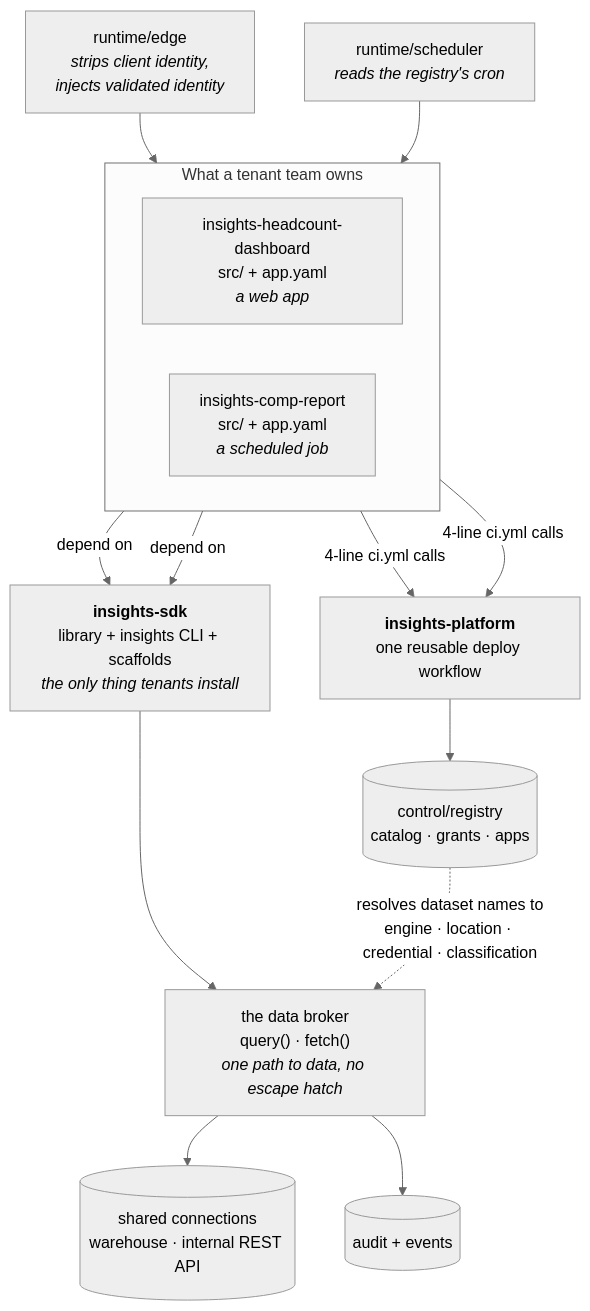
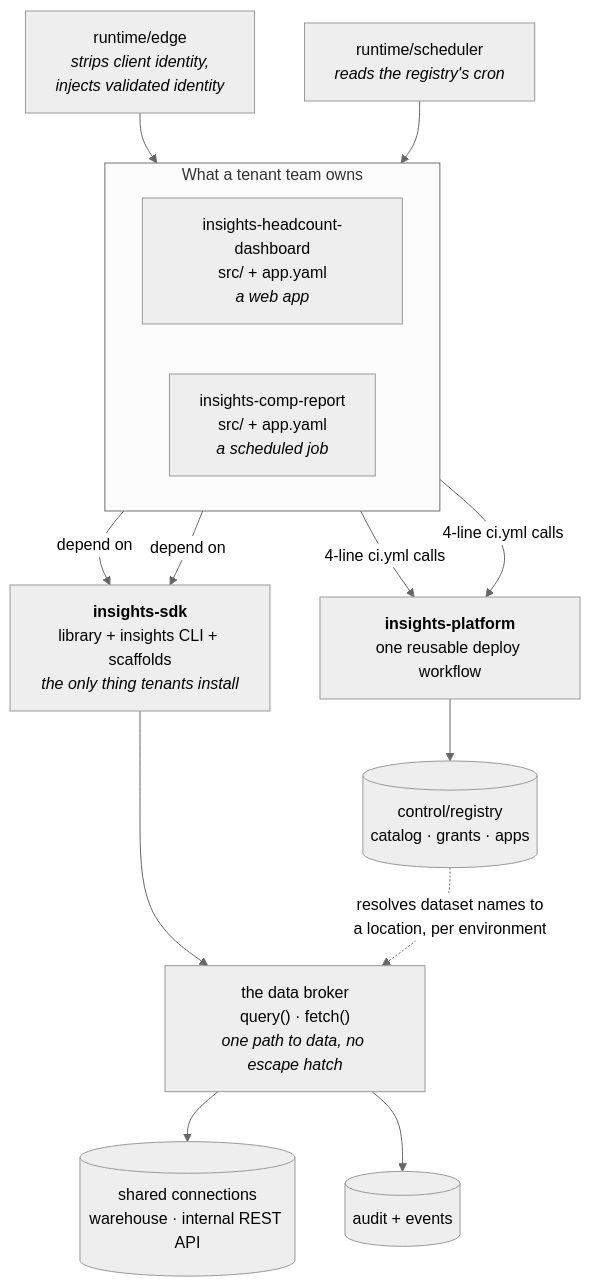
One commit to KRISHNABR/insights-platform changed the diagram in README.md. Above: the diagram before and after it, drawn with Mermaid (neutral theme). The commit also changed other lines of this file and 9 other files, not shown here.

````diff
--- a/README.md
+++ b/README.md
@@ -14,21 +14,21 @@
 ```mermaid
 flowchart TB
   subgraph T["What a tenant team owns"]
     direction LR
     A1["insights-headcount-dashboard<br/>src/ + app.yaml<br/><i>a web app</i>"]
     A2["insights-comp-report<br/>src/ + app.yaml<br/><i>a scheduled job</i>"]
   end
 
   A1 & A2 -->|"depend on"| SDK["<b>insights-sdk</b><br/>library + insights CLI + scaffolds<br/><i>the only thing tenants install</i>"]
   A1 & A2 -->|"4-line ci.yml calls"| WF["<b>insights-platform</b><br/>one reusable deploy workflow"]
 
   SDK --> BRK["the data broker<br/>query() · fetch()<br/><i>one path to data, no escape hatch</i>"]
   WF --> REG[("control/registry<br/>catalog · grants · apps")]
-  REG -.->|"resolves dataset names to<br/>engine · location · credential · classification"| BRK
+  REG -.->|"resolves dataset names to<br/>a location, per environment"| BRK
 
   BRK --> CONN[("shared connections<br/>warehouse · internal REST API")]
   BRK --> AUD[("audit + events")]
 
   EDGE["runtime/edge<br/><i>strips client identity,<br/>injects validated identity</i>"] --> A1
   SCH["runtime/scheduler<br/><i>reads the registry's cron</i>"] --> A2
 ```
````
